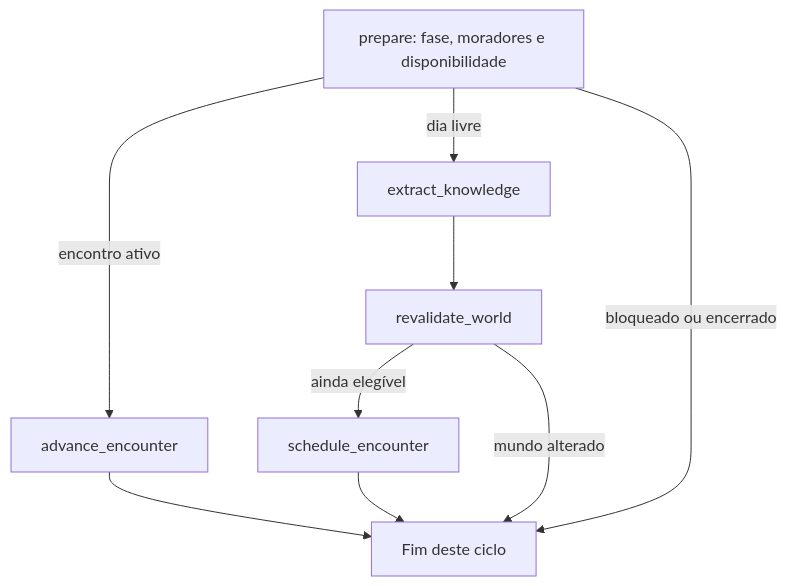
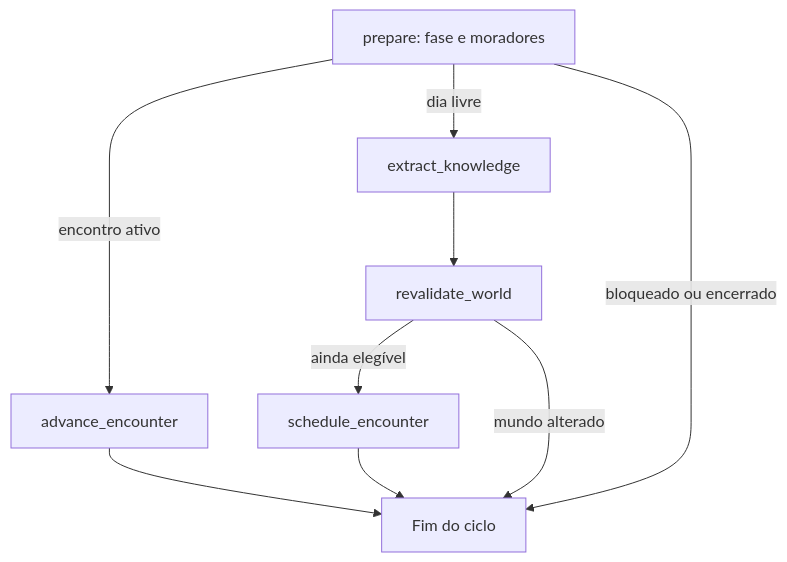
The second of 2 diagrams in docs/refatoracao_llm.md (Gusreis7/MemoriasLicantropicasGame), drawn with Mermaid before and after one commit. The commit also changed other lines of this file and 4 other files, not shown here.

Commit message:
docs: document native tool schemas and final src application layout

````diff
--- a/docs/refatoracao_llm.md
+++ b/docs/refatoracao_llm.md
@@ -58,11 +58,11 @@
 ```mermaid
 flowchart TD
-  P[prepare: fase, moradores e disponibilidade] -->|encontro ativo| A[advance_encounter]
+  P[prepare: fase e moradores] -->|encontro ativo| A[advance_encounter]
   P -->|dia livre| K[extract_knowledge]
   K --> R[revalidate_world]
   R -->|ainda elegível| S[schedule_encounter]
-  R -->|mundo alterado| E[Fim deste ciclo]
+  R -->|mundo alterado| E[Fim do ciclo]
   P -->|bloqueado ou encerrado| E
   A --> E
   S --> E
 ```
````
